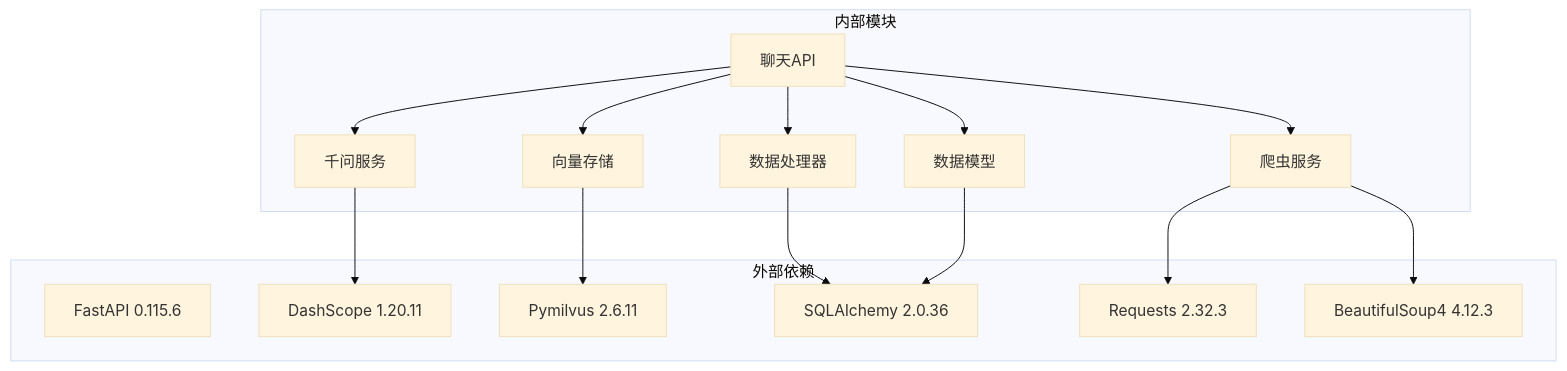
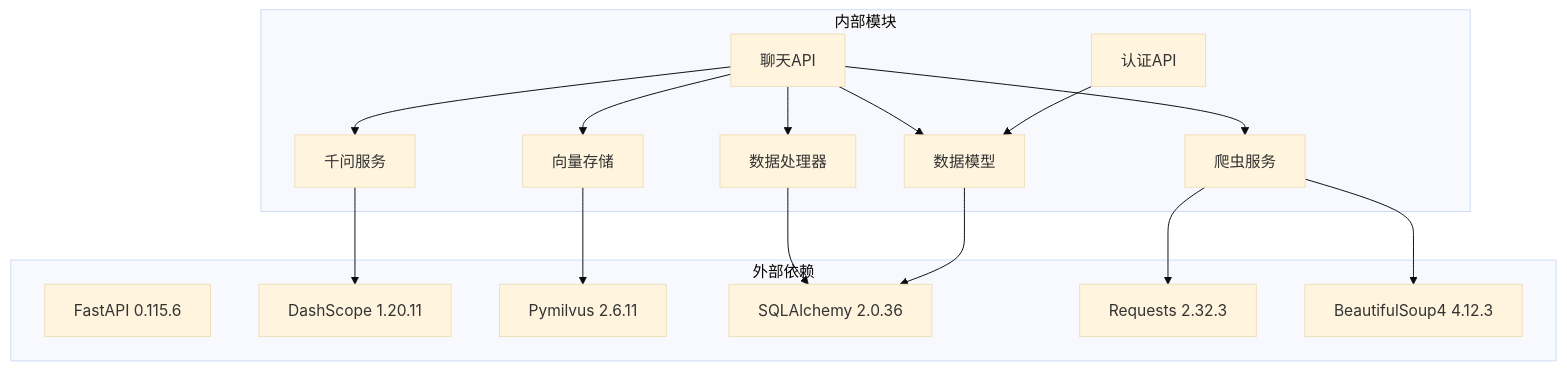
The sixth of 6 diagrams in .qoder/repowiki/zh/content/后端API文档/聊天API增强.md (ghbbn053-ship-itsoulddog/soulddog), drawn with Mermaid (base theme) before and after one commit. The commit also changed other lines of this file and 11 other files, not shown here.

````diff
--- a/.qoder/repowiki/zh/content/后端API文档/聊天API增强.md
+++ b/.qoder/repowiki/zh/content/后端API文档/聊天API增强.md
@@ -322,30 +474,32 @@
 ```mermaid
 graph TB
 subgraph "外部依赖"
 FastAPI[FastAPI 0.115.6]
 DashScope[DashScope 1.20.11]
 Milvus[Pymilvus 2.6.11]
 SQLAlchemy[SQLAlchemy 2.0.36]
 Requests[Requests 2.32.3]
 BeautifulSoup[BeautifulSoup4 4.12.3]
 end
 subgraph "内部模块"
 ChatAPI[聊天API]
+AuthAPI[认证API]
 QwenService[千问服务]
 VectorStore[向量存储]
 DataProcessor[数据处理器]
 Scraper[爬虫服务]
 Models[数据模型]
 end
 ChatAPI --> QwenService
 ChatAPI --> VectorStore
 ChatAPI --> DataProcessor
 ChatAPI --> Scraper
 ChatAPI --> Models
+AuthAPI --> Models
 QwenService --> DashScope
 VectorStore --> Milvus
 DataProcessor --> SQLAlchemy
 Scraper --> Requests
 Scraper --> BeautifulSoup
 Models --> SQLAlchemy
 ```
````
